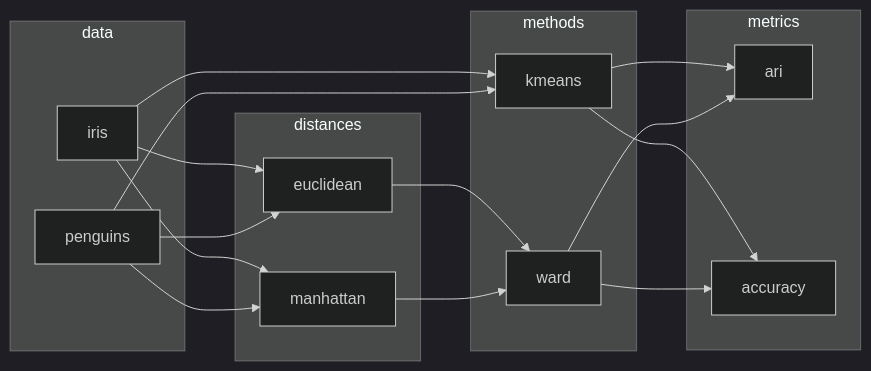
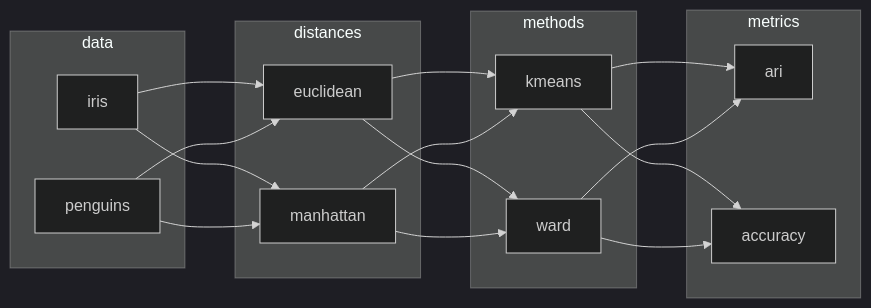
Before and after one commit to btraven00/clustering_example: the diagram in README.md, drawn with Mermaid (dark theme).

````diff
--- a/README.md
+++ b/README.md
@@ -3,25 +3,25 @@
 ```mermaid
 flowchart LR
   subgraph data
     iris
     penguins
   end
   subgraph distances
      iris --> euclidean
      penguins --> euclidean
      iris --> manhattan
      penguins --> manhattan
   end
   subgraph methods
-    iris --> kmeans
-    penguins --> kmeans
+    euclidean --> kmeans
+    manhattan --> kmeans
     euclidean --> ward
     manhattan --> ward
   end
   subgraph metrics
     kmeans --> ari
     ward --> ari
     kmeans --> accuracy
     ward --> accuracy
   end
 ```
````
